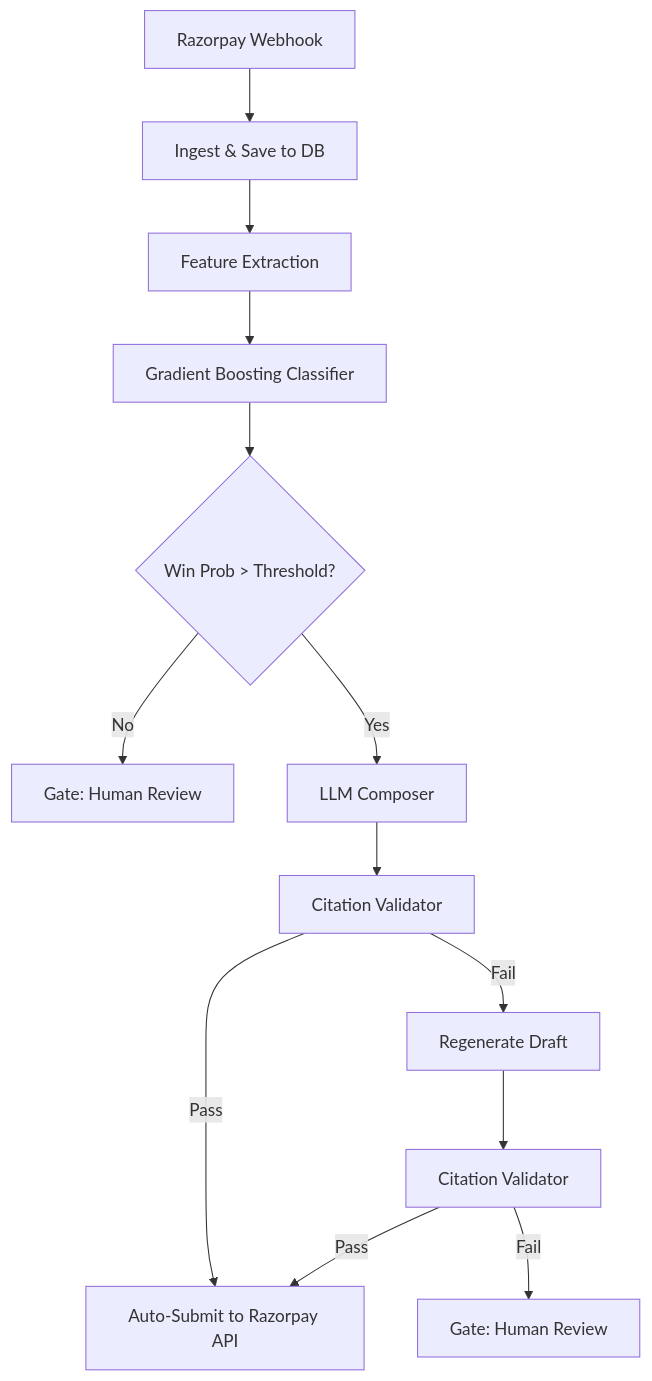
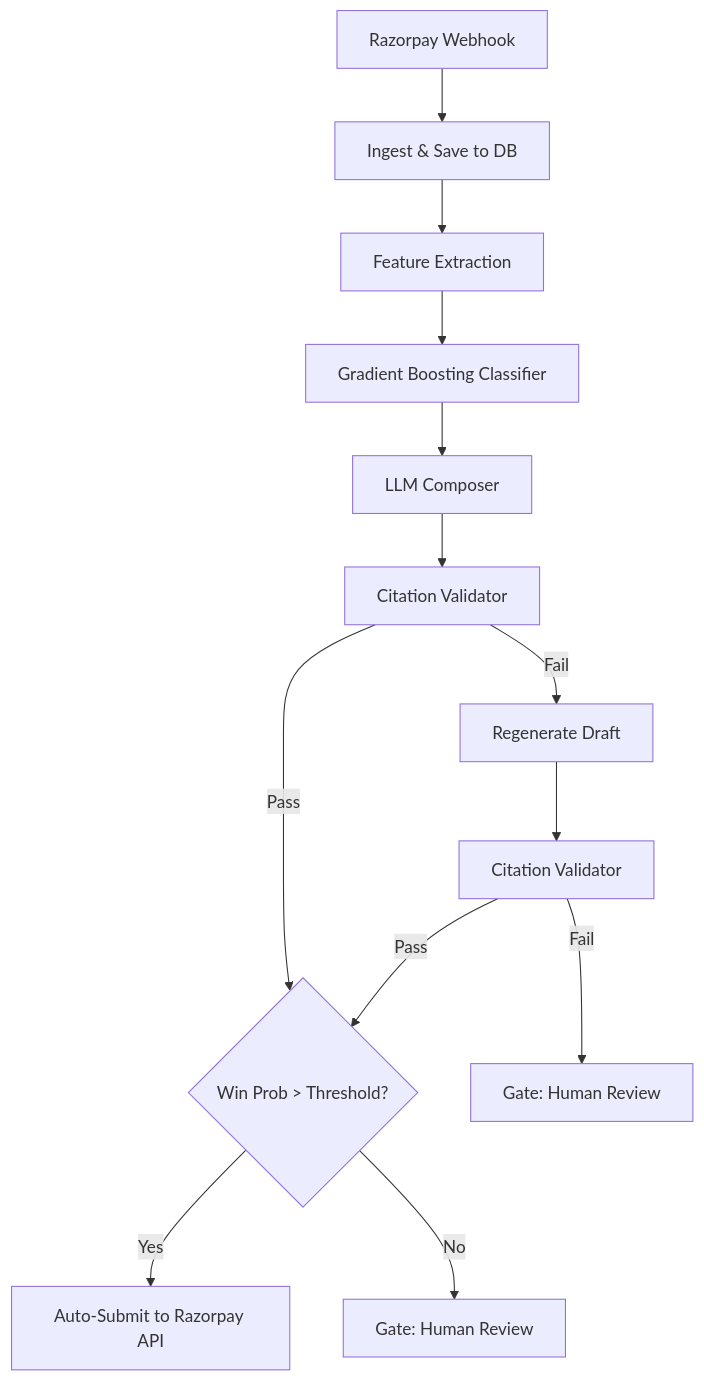
One commit to guider23/CaseClosed changed the diagram in ARCHITECTURE.md. Above: the diagram before and after it, drawn with Mermaid.

Commit message:
docs: correct flowchart to show LLM generates drafts for gated disputes

````diff
--- a/ARCHITECTURE.md
+++ b/ARCHITECTURE.md
@@ -7,15 +7,15 @@
 ```mermaid
 graph TD
     A[Razorpay Webhook] --> B[Ingest & Save to DB]
     B --> C[Feature Extraction]
     C --> D[Gradient Boosting Classifier]
-    D --> E{Win Prob > Threshold?}
+    D --> G[LLM Composer]
+    G --> H[Citation Validator]
+    H -- Pass --> E{Win Prob > Threshold?}
+    E -- Yes --> I[Auto-Submit to Razorpay API]
     E -- No --> F[Gate: Human Review]
-    E -- Yes --> G[LLM Composer]
-    G --> H[Citation Validator]
-    H -- Pass --> I[Auto-Submit to Razorpay API]
     H -- Fail --> J[Regenerate Draft]
     J --> K[Citation Validator]
-    K -- Pass --> I
+    K -- Pass --> E
     K -- Fail --> L[Gate: Human Review]
 ```
````
